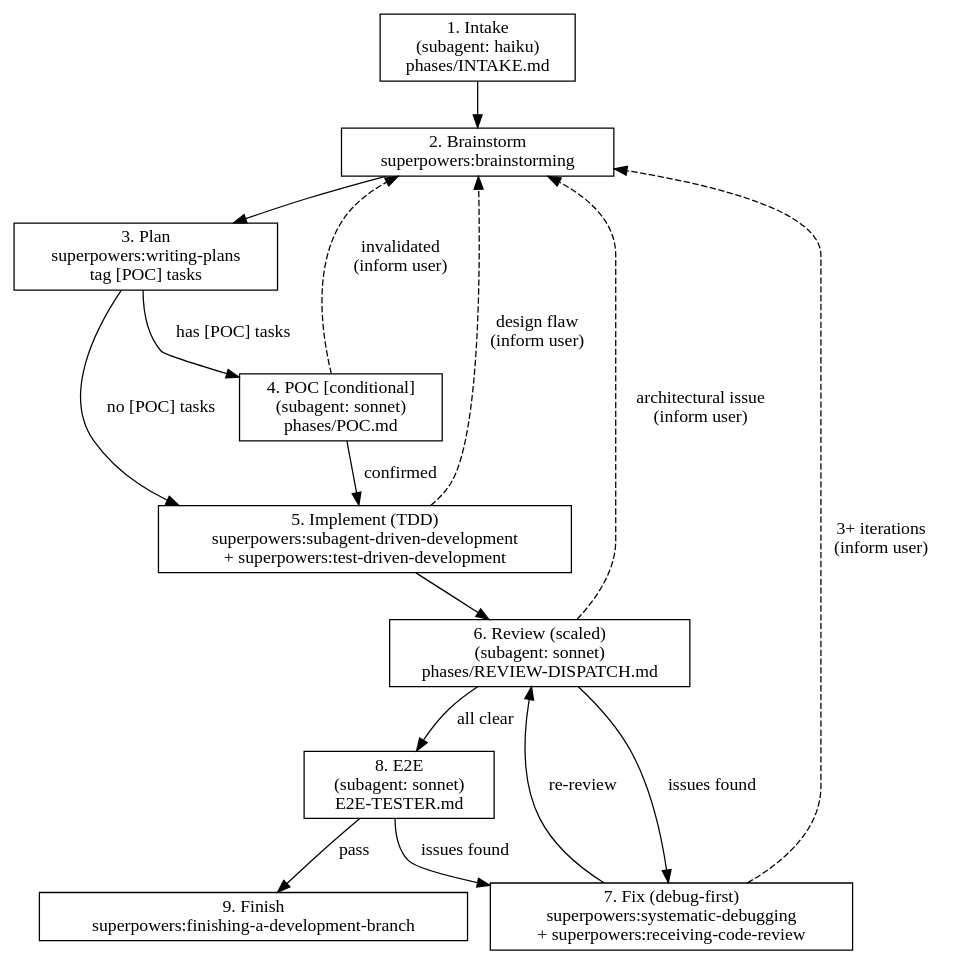
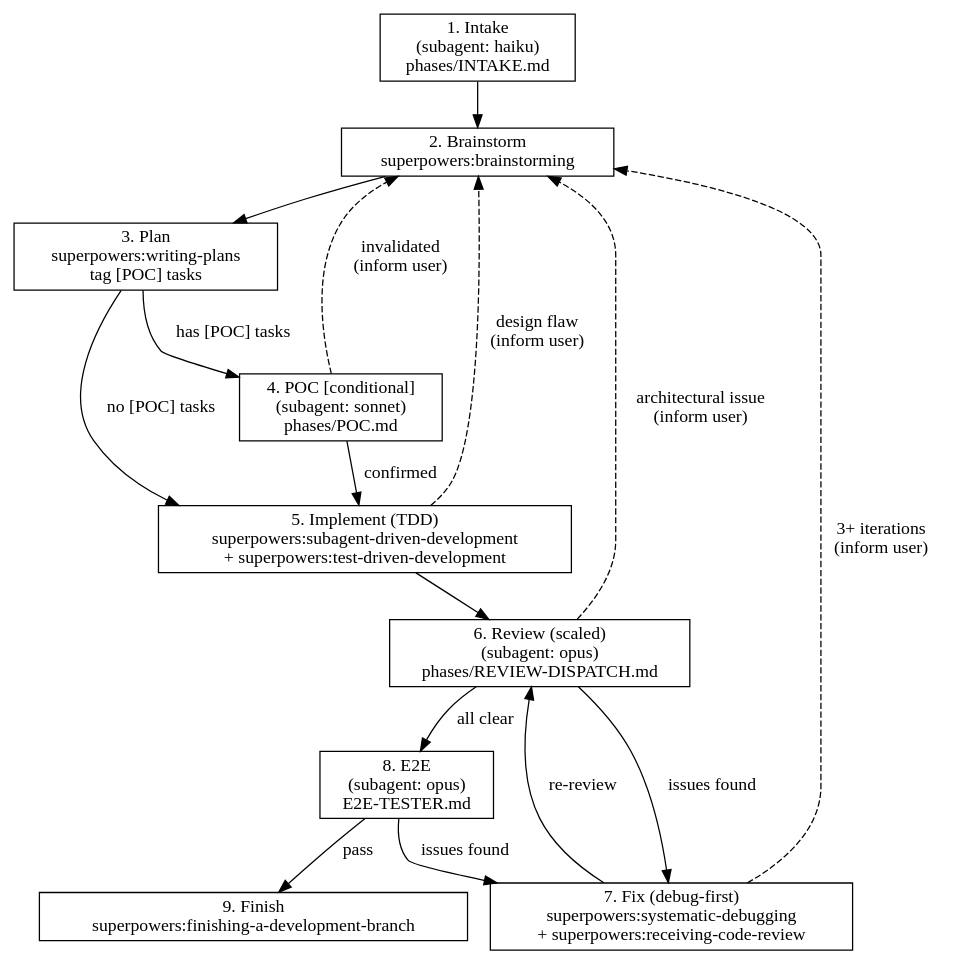
One commit to chunzhe10/corvia-workspace changed the diagram in .agents/skills/dev-loop/SKILL.md. Above: the diagram before and after it, drawn with Graphviz. The commit also changed other lines of this file, not shown here.

Commit message:
chore: update SKILL.md to reflect opus model for review and E2E phases

````diff
--- a/.agents/skills/dev-loop/SKILL.md
+++ b/.agents/skills/dev-loop/SKILL.md
@@ -21,33 +21,33 @@
 ```dot
 digraph dev_loop {
     rankdir=TB;
     node [shape=box];
 
     intake [label="1. Intake\n(subagent: haiku)\nphases/INTAKE.md"];
     brainstorm [label="2. Brainstorm\nsuperpowers:brainstorming"];
     plan [label="3. Plan\nsuperpowers:writing-plans\ntag [POC] tasks"];
     poc [label="4. POC [conditional]\n(subagent: sonnet)\nphases/POC.md"];
     implement [label="5. Implement (TDD)\nsuperpowers:subagent-driven-development\n+ superpowers:test-driven-development"];
-    review [label="6. Review (scaled)\n(subagent: sonnet)\nphases/REVIEW-DISPATCH.md"];
+    review [label="6. Review (scaled)\n(subagent: opus)\nphases/REVIEW-DISPATCH.md"];
     fix [label="7. Fix (debug-first)\nsuperpowers:systematic-debugging\n+ superpowers:receiving-code-review"];
-    e2e [label="8. E2E\n(subagent: sonnet)\nE2E-TESTER.md"];
+    e2e [label="8. E2E\n(subagent: opus)\nE2E-TESTER.md"];
     finish [label="9. Finish\nsuperpowers:finishing-a-development-branch"];
 
     intake -> brainstorm;
     brainstorm -> plan;
     plan -> poc [label="has [POC] tasks"];
     plan -> implement [label="no [POC] tasks"];
     poc -> implement [label="confirmed"];
     poc -> brainstorm [label="invalidated\n(inform user)" style=dashed];
     implement -> review;
     review -> fix [label="issues found"];
     review -> e2e [label="all clear"];
     fix -> review [label="re-review"];
     e2e -> fix [label="issues found"];
     e2e -> finish [label="pass"];
 
     implement -> brainstorm [label="design flaw\n(inform user)" style=dashed];
     review -> brainstorm [label="architectural issue\n(inform user)" style=dashed];
     fix -> brainstorm [label="3+ iterations\n(inform user)" style=dashed];
 }
 ```
````
